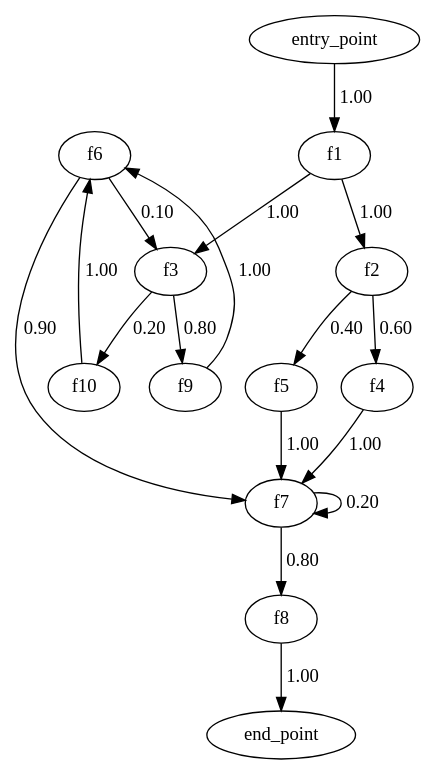
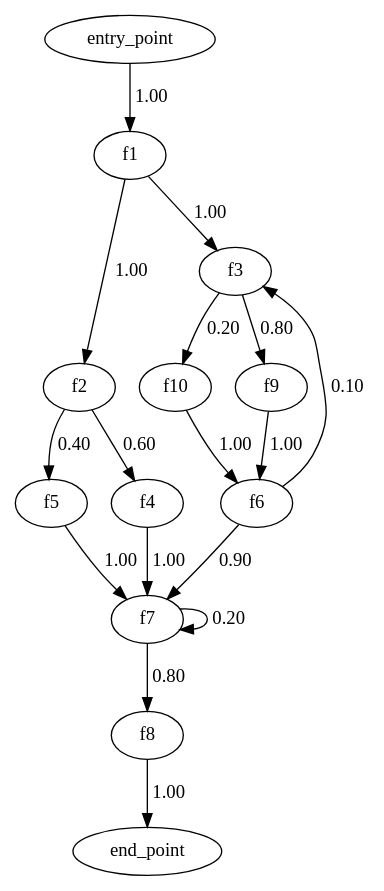
One commit to KlasafGeijerstam/openwhisk changed the diagram in modifications/data_logger/original.dot. Above: the diagram before and after it, drawn with Graphviz. The commit also changed 2 other files, not shown here.

```diff
--- a/modifications/data_logger/original.dot
+++ b/modifications/data_logger/original.dot
@@ -1,30 +1,30 @@
 digraph {
-    0 [ label = "f2"]
-    1 [ label = "f6"]
-    2 [ label = "f10"]
-    3 [ label = "end_point"]
-    4 [ label = "f1"]
-    5 [ label = "f8"]
-    6 [ label = "entry_point"]
+    0 [ label = "f5"]
+    1 [ label = "f10"]
+    2 [ label = "f1"]
+    3 [ label = "entry_point"]
+    4 [ label = "f8"]
+    5 [ label = "end_point"]
+    6 [ label = "f7"]
     7 [ label = "f4"]
-    8 [ label = "f3"]
-    9 [ label = "f9"]
-    10 [ label = "f7"]
-    11 [ label = "f5"]
-    0 -> 7 [ label = "0.60"]
-    0 -> 11 [ label = "0.40"]
-    1 -> 8 [ label = "0.10"]
-    1 -> 10 [ label = "0.90"]
-    2 -> 1 [ label = "1.00"]
-    4 -> 0 [ label = "1.00"]
-    4 -> 8 [ label = "1.00"]
-    5 -> 3 [ label = "1.00"]
-    6 -> 4 [ label = "1.00"]
-    7 -> 10 [ label = "1.00"]
-    8 -> 2 [ label = "0.20"]
-    8 -> 9 [ label = "0.80"]
-    9 -> 1 [ label = "1.00"]
-    10 -> 10 [ label = "0.20"]
-    10 -> 5 [ label = "0.80"]
-    11 -> 10 [ label = "1.00"]
+    8 [ label = "f2"]
+    9 [ label = "f3"]
+    10 [ label = "f9"]
+    11 [ label = "f6"]
+    0 -> 6 [ label = "1.00"]
+    1 -> 11 [ label = "1.00"]
+    2 -> 8 [ label = "1.00"]
+    2 -> 9 [ label = "1.00"]
+    3 -> 2 [ label = "1.00"]
+    4 -> 5 [ label = "1.00"]
+    6 -> 6 [ label = "0.20"]
+    6 -> 4 [ label = "0.80"]
+    7 -> 6 [ label = "1.00"]
+    8 -> 7 [ label = "0.60"]
+    8 -> 0 [ label = "0.40"]
+    9 -> 1 [ label = "0.20"]
+    9 -> 10 [ label = "0.80"]
+    10 -> 11 [ label = "1.00"]
+    11 -> 9 [ label = "0.10"]
+    11 -> 6 [ label = "0.90"]
 }
```
